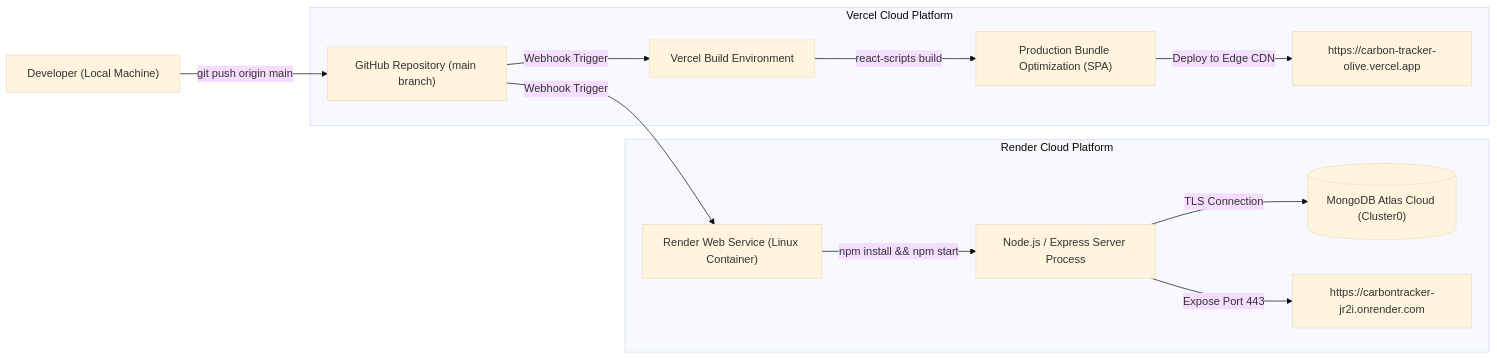
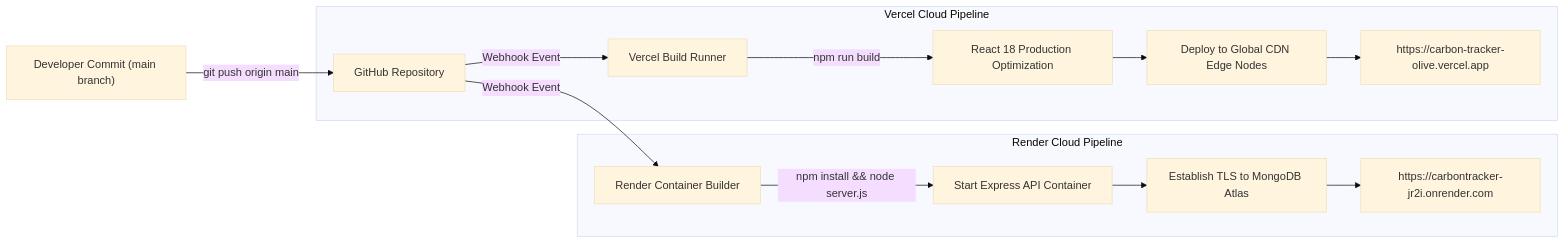
Before and after one commit to divakarpandey07/Carbon-Tracker: the sixth of 6 diagrams in PROJECT_REPORT.md, drawn with Mermaid (base theme). The commit also changed other lines of this file, not shown here.

````diff
--- a/PROJECT_REPORT.md
+++ b/PROJECT_REPORT.md
@@ -557,17 +1047,18 @@
 ```mermaid
 flowchart LR
-    Dev["Developer (Local Machine)"] -->|git push origin main| GitHub["GitHub Repository (main branch)"]
+    DevCommit["Developer Commit (main branch)"] -->|git push origin main| GitHubRepo["GitHub Repository"]
     
-    subgraph VercelCI["Vercel Cloud Platform"]
-        GitHub -->|Webhook Trigger| VercelBuild["Vercel Build Environment"]
-        VercelBuild -->|react-scripts build| StaticOptim["Production Bundle Optimization (SPA)"]
-        StaticOptim -->|Deploy to Edge CDN| VercelProd["https://carbon-tracker-olive.vercel.app"]
+    subgraph VercelPipeline["Vercel Cloud Pipeline"]
+        GitHubRepo -->|Webhook Event| VercelTrigger["Vercel Build Runner"]
+        VercelTrigger -->|npm run build| CRACompile["React 18 Production Optimization"]
+        CRACompile --> EdgeDeploy["Deploy to Global CDN Edge Nodes"]
+        EdgeDeploy --> LiveFrontend["https://carbon-tracker-olive.vercel.app"]
     end
 
-    subgraph RenderCI["Render Cloud Platform"]
-        GitHub -->|Webhook Trigger| RenderBuild["Render Web Service (Linux Container)"]
-        RenderBuild -->|npm install && npm start| NodeBackend["Node.js / Express Server Process"]
-        NodeBackend -->|TLS Connection| AtlasCluster[("MongoDB Atlas Cloud (Cluster0)")]
-        NodeBackend -->|Expose Port 443| RenderProd["https://carbontracker-jr2i.onrender.com"]
+    subgraph RenderPipeline["Render Cloud Pipeline"]
+        GitHubRepo -->|Webhook Event| RenderTrigger["Render Container Builder"]
+        RenderTrigger -->|npm install && node server.js| ExpressBoot["Start Express API Container"]
+        ExpressBoot --> TLSConnect["Establish TLS to MongoDB Atlas"]
+        TLSConnect --> LiveBackend["https://carbontracker-jr2i.onrender.com"]
     end
 ```
````
